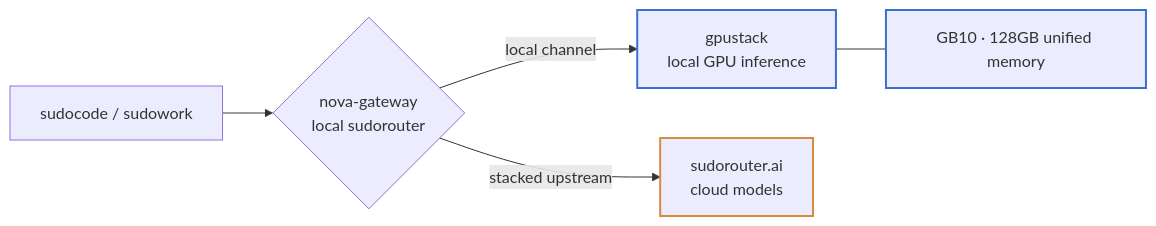
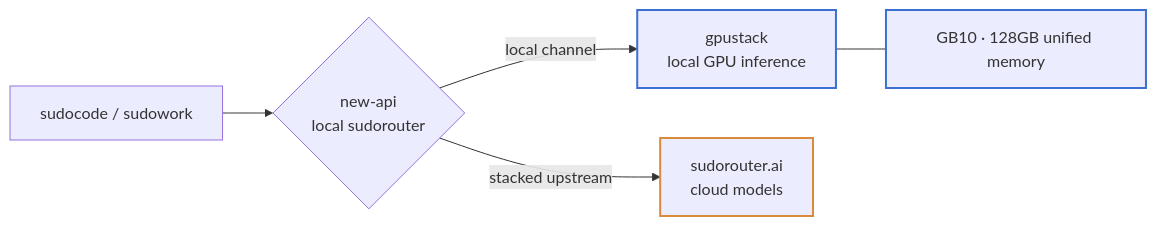
Before and after one commit to sudoprivacy/sudoedge: the second of 2 diagrams in README.md, drawn with Mermaid. The commit also changed other lines of this file and 28 other files, not shown here.

````diff
--- a/README.md
+++ b/README.md
@@ -37,11 +38,11 @@
 ```mermaid
 flowchart LR
-    C["sudocode / sudowork"] --> R{"nova-gateway<br/>local sudorouter"}
+    C["sudocode / sudowork"] --> R{"new-api<br/>local sudorouter"}
     R -->|local channel| G["gpustack<br/>local GPU inference"]
     R -->|stacked upstream| X["sudorouter.ai<br/>cloud models"]
     G --- H["GB10 · 128GB unified memory"]
     classDef local stroke:#3b6fd4,stroke-width:2px;
     classDef cloud stroke:#d98a3b,stroke-width:2px;
     class G,H local;
     class X cloud;
 ```
````
